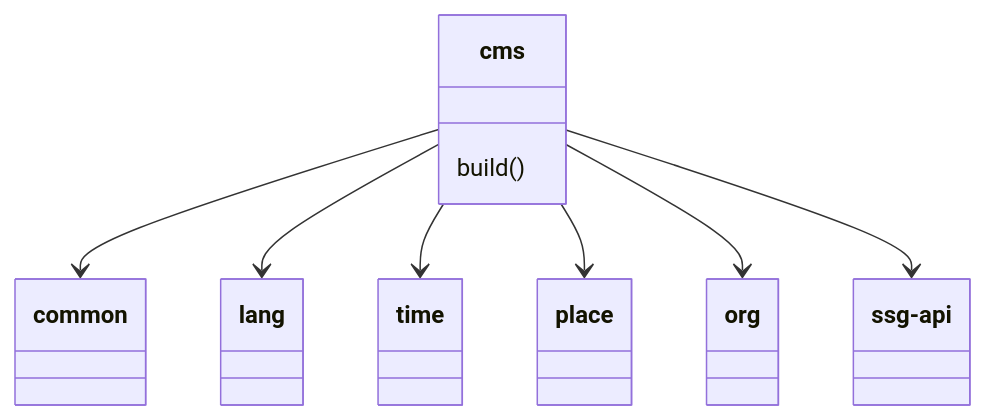
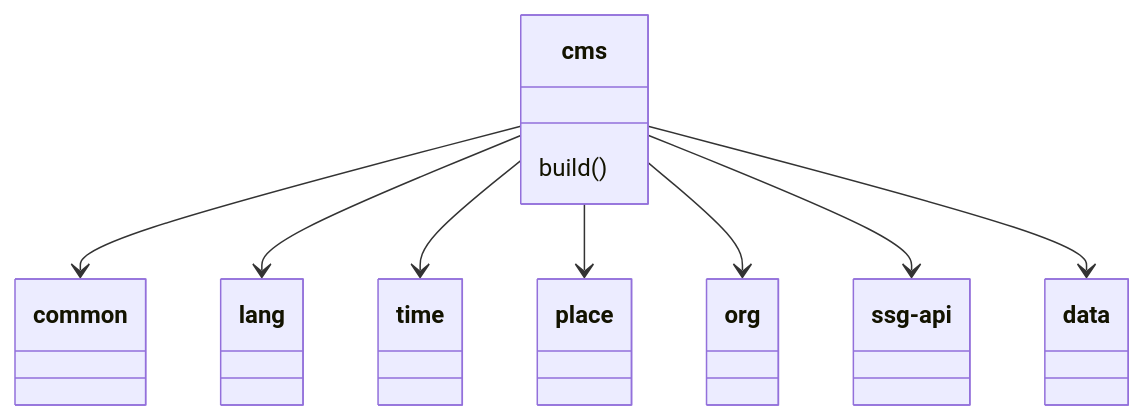
Before and after one commit to RR0/cms: the diagram in README.md, drawn with Mermaid. The commit also changed other lines of this file and 151 other files, not shown here.

````diff
--- a/README.md
+++ b/README.md
@@ -12,12 +12,13 @@
 ```mermaid
 classDiagram
     class cms {
         build()
     }
     cms --> common
     cms --> lang
     cms --> time
     cms --> place
     cms --> org
     cms --> ssg-api
+    cms --> data
 ```
````
